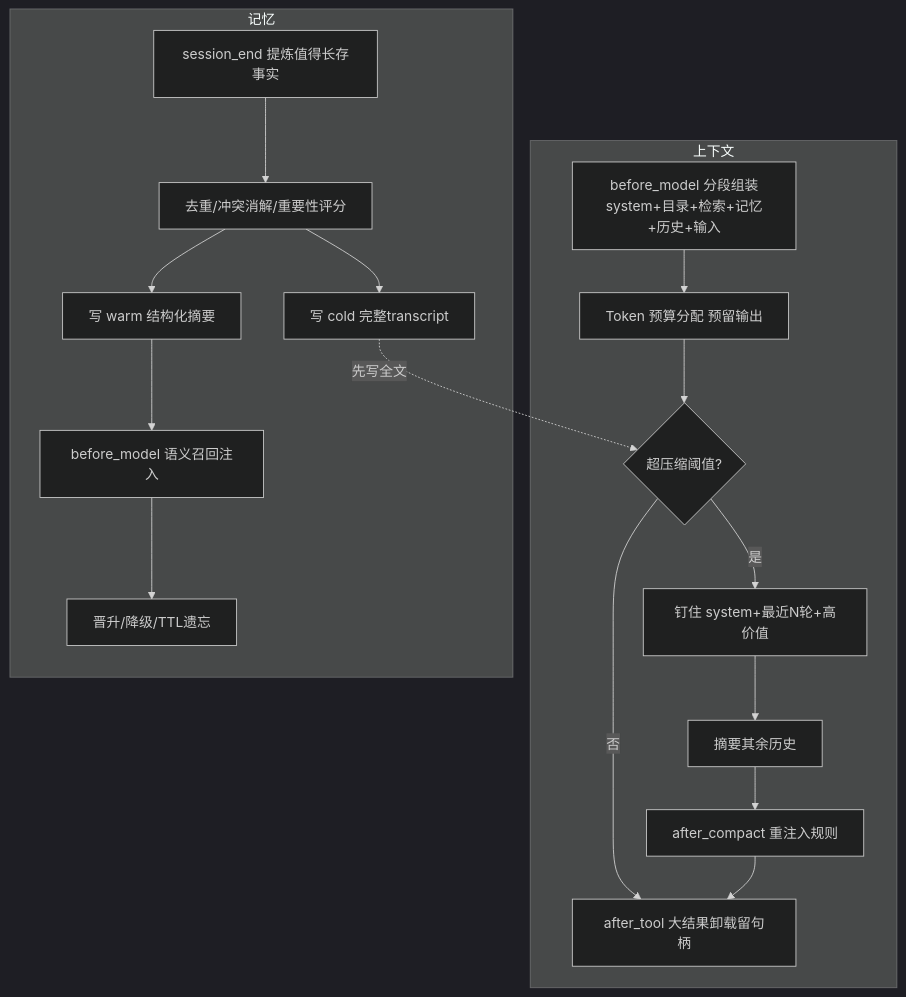
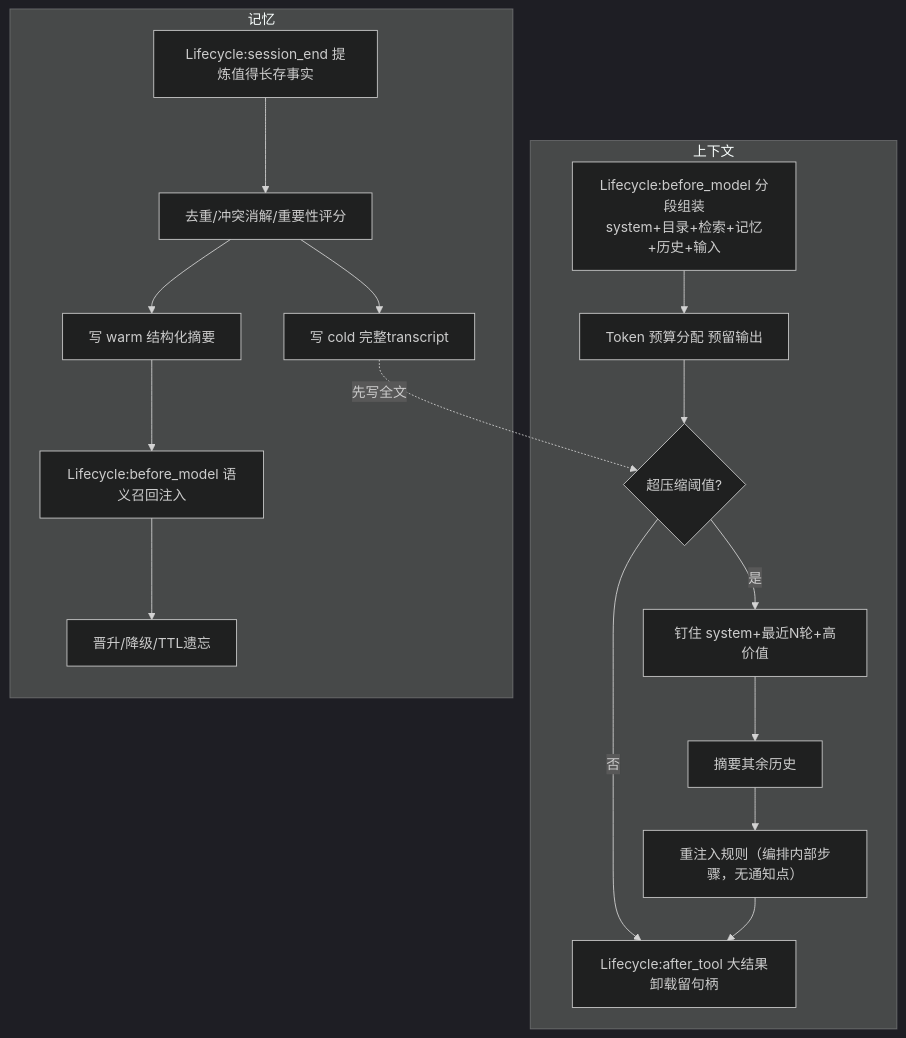
One commit to sao-lang/lll changed the diagram in docs/02-模块详设/Agent/R7-上下文与记忆.md. Above: the diagram before and after it, drawn with Mermaid (dark theme). The commit also changed other lines of this file and 28 other files, not shown here.

````diff
--- a/docs/02-模块详设/Agent/R7-上下文与记忆.md
+++ b/docs/02-模块详设/Agent/R7-上下文与记忆.md
@@ -24,19 +28,19 @@
 ```mermaid
 flowchart TD
     subgraph 上下文
-        AS["before_model 分段组装<br/>system+目录+检索+记忆+历史+输入"] --> BUD["Token 预算分配 预留输出"]
+        AS["Lifecycle:before_model 分段组装<br/>system+目录+检索+记忆+历史+输入"] --> BUD["Token 预算分配 预留输出"]
         BUD --> CP{"超压缩阈值?"}
         CP -->|是| PIN["钉住 system+最近N轮+高价值"]
-        PIN --> SUM["摘要其余历史"] --> RI["after_compact 重注入规则"]
+        PIN --> SUM["摘要其余历史"] --> RI["重注入规则（编排内部步骤，无通知点）"]
         CP -->|否| OFF
-        RI --> OFF["after_tool 大结果卸载留句柄"]
+        RI --> OFF["Lifecycle:after_tool 大结果卸载留句柄"]
     end
     subgraph 记忆
-        M1["session_end 提炼值得长存事实"] --> M2["去重/冲突消解/重要性评分"]
-        M2 --> M3["写 warm 结构化摘要"] 
+        M1["Lifecycle:session_end 提炼值得长存事实"] --> M2["去重/冲突消解/重要性评分"]
+        M2 --> M3["写 warm 结构化摘要"]
         M2 --> M4["写 cold 完整transcript"]
-        M3 --> MR["before_model 语义召回注入"]
+        M3 --> MR["Lifecycle:before_model 语义召回注入"]
         MR --> M5["晋升/降级/TTL遗忘"]
     end
     M4 -.->|先写全文| CP
 ```
````
